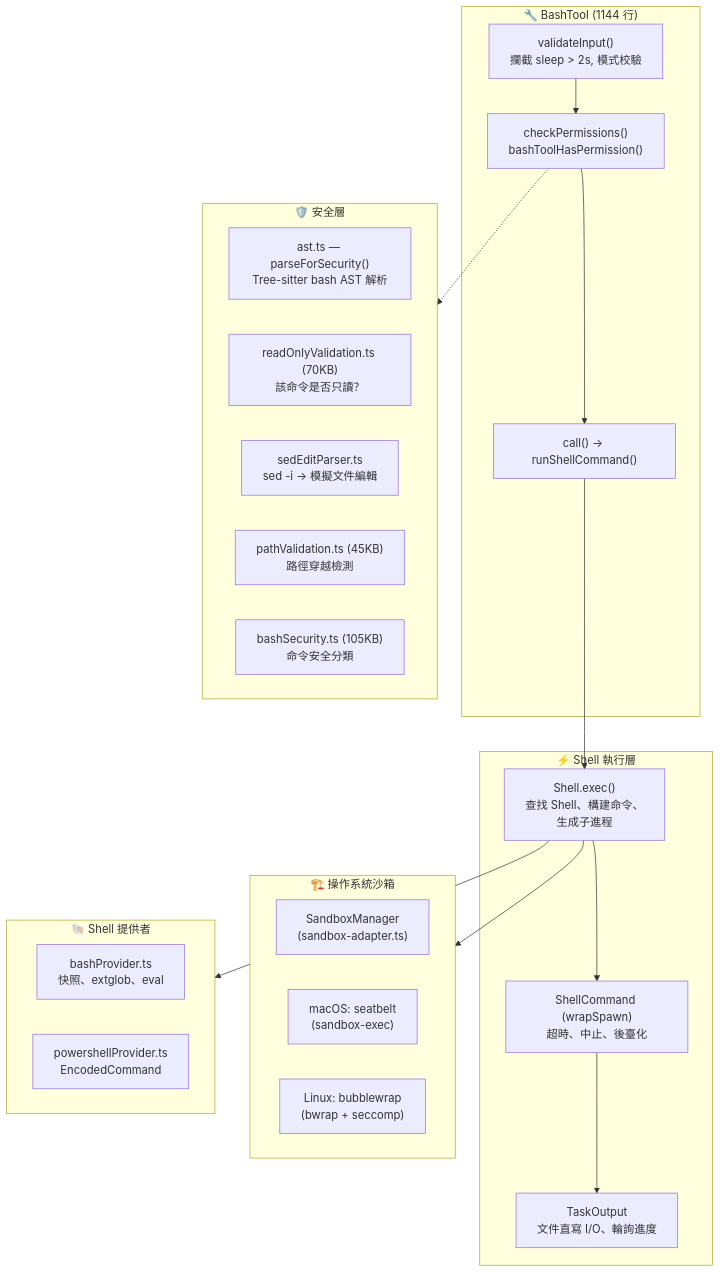
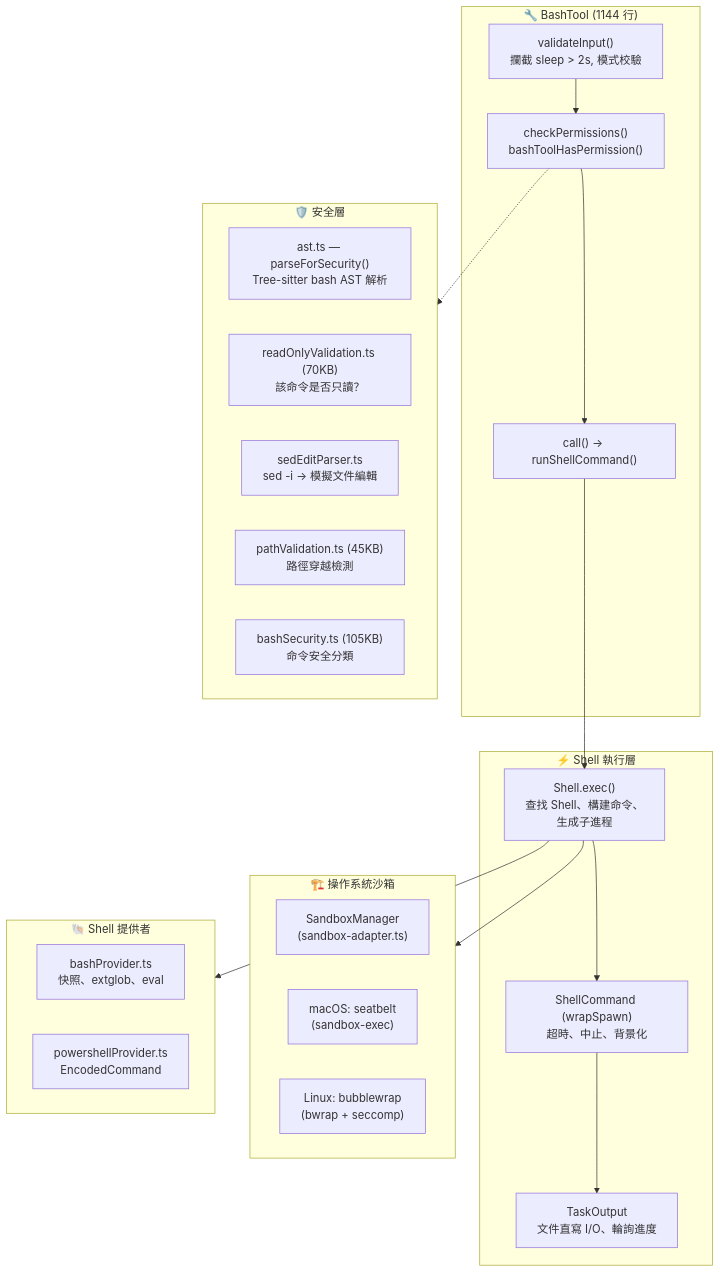
One commit to jwcrystal/claude-reviews-claude changed the first of 3 diagrams in architecture/zh-TW/06-bash-engine.md. Above: the diagram before and after it, drawn with Mermaid. The commit also changed other lines of this file and 13 other files, not shown here.

````diff
--- a/architecture/zh-TW/06-bash-engine.md
+++ b/architecture/zh-TW/06-bash-engine.md
@@ -11,42 +11,42 @@
 ```mermaid
 graph TB
     subgraph BashTool["🔧 BashTool (1144 行)"]
         VALIDATE["validateInput()<br/>攔截 sleep > 2s, 模式校驗"]
         PERM["checkPermissions()<br/>bashToolHasPermission()"]
         CALL["call() → runShellCommand()"]
     end
 
     subgraph Security["🛡️ 安全層"]
         AST["ast.ts — parseForSecurity()<br/>Tree-sitter bash AST 解析"]
         RO["readOnlyValidation.ts (70KB)<br/>該命令是否只讀？"]
         SED["sedEditParser.ts<br/>sed -i → 模擬文件編輯"]
         PATH["pathValidation.ts (45KB)<br/>路徑穿越檢測"]
         BSEC["bashSecurity.ts (105KB)<br/>命令安全分類"]
     end
 
     subgraph Shell["⚡ Shell 執行層"]
         EXEC["Shell.exec()<br/>查找 Shell、構建命令、<br/>生成子進程"]
-        WRAP["ShellCommand (wrapSpawn)<br/>超時、中止、後臺化"]
+        WRAP["ShellCommand (wrapSpawn)<br/>超時、中止、背景化"]
         TASK["TaskOutput<br/>文件直寫 I/O、輪詢進度"]
     end
 
     subgraph Sandbox["🏗️ 操作系統沙箱"]
         SBM["SandboxManager<br/>(sandbox-adapter.ts)"]
         MAC["macOS: seatbelt<br/>(sandbox-exec)"]
         LNX["Linux: bubblewrap<br/>(bwrap + seccomp)"]
     end
 
     subgraph Provider["🐚 Shell 提供者"]
         BASH_P["bashProvider.ts<br/>快照、extglob、eval"]
         PS_P["powershellProvider.ts<br/>EncodedCommand"]
     end
 
     VALIDATE --> PERM
     PERM --> CALL
     CALL --> EXEC
     EXEC --> Provider
     EXEC --> Sandbox
     EXEC --> WRAP
     WRAP --> TASK
     PERM -.-> Security
 ```
````
